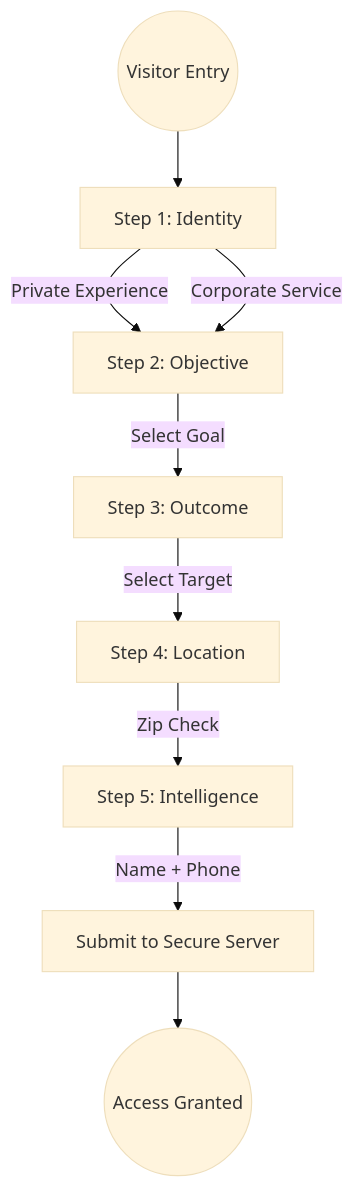
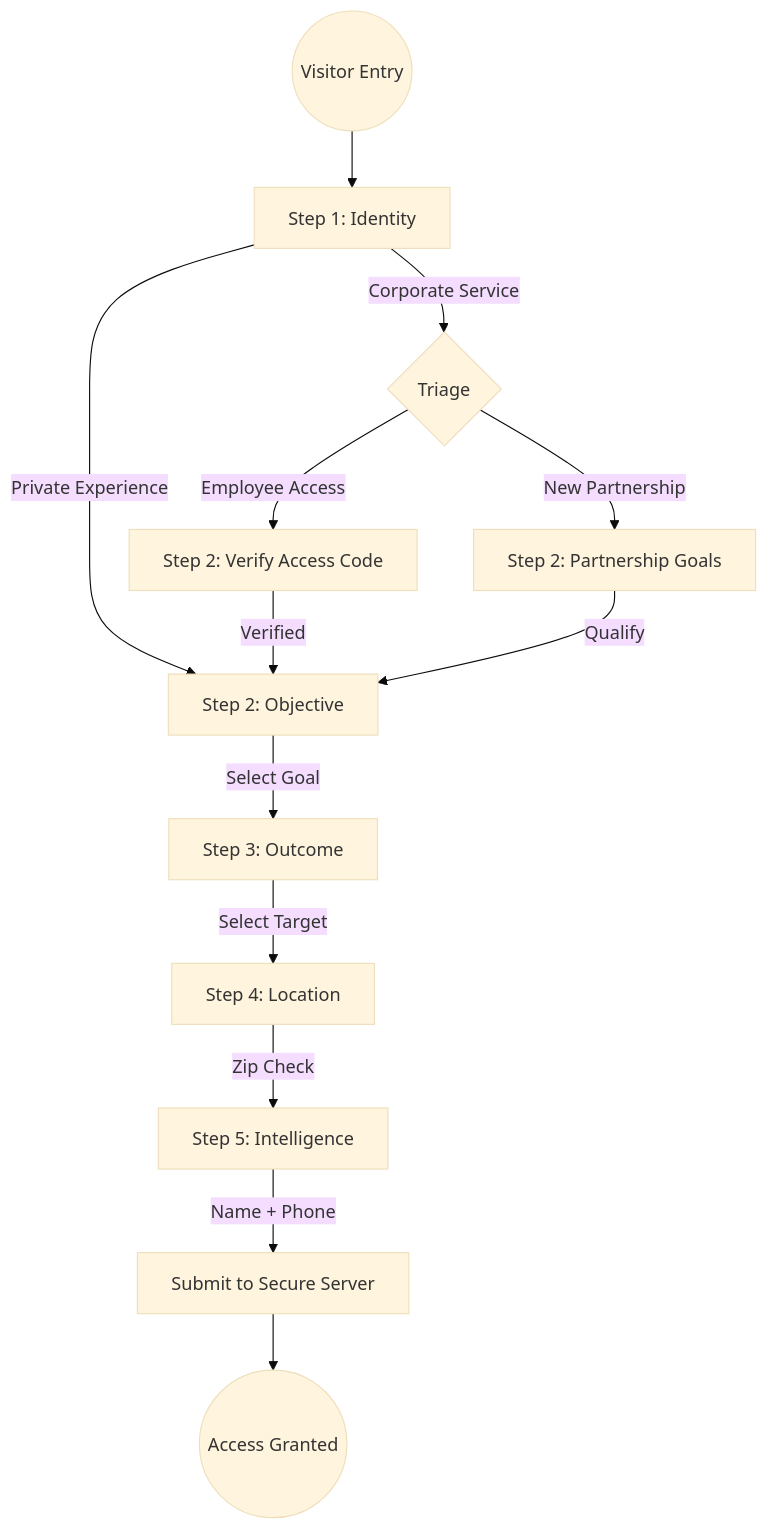
Before and after one commit to RCorbz/AxisPremierCare: the diagram in docs/04_user_flow_architecture.md, drawn with Mermaid (base theme). The commit also changed other lines of this file and 1 other file, not shown here.

Commit message:
UX: Dual Corporate Flows - New Partnership Qualification & Verified Employee Welcome

````diff
--- a/docs/04_user_flow_architecture.md
+++ b/docs/04_user_flow_architecture.md
@@ -6,15 +6,21 @@
 ```mermaid
 graph TD
     Start((Visitor Entry)) --> Step1UI[Step 1: Identity]
     
-    Step1UI -->|Private Experience| Step2[Step 2: Objective]
-    Step1UI -->|Corporate Service| Step2
+    Step1UI -->|Private Experience| Step2Priv[Step 2: Objective]
     
-    Step2 -->|Select Goal| Step3[Step 3: Outcome]
+    Step1UI -->|Corporate Service| CorpBranch{Triage}
+    CorpBranch -->|New Partnership| Step2CorpNew[Step 2: Partnership Goals]
+    CorpBranch -->|Employee Access| Step2CorpEmp[Step 2: Verify Access Code]
+    
+    Step2CorpEmp -->|Verified| Step2Priv
+    Step2CorpNew -->|Qualify| Step2Priv
+    
+    Step2Priv -->|Select Goal| Step3[Step 3: Outcome]
     Step3 -->|Select Target| Step4[Step 4: Location]
     
     Step4 -->|Zip Check| Step5[Step 5: Intelligence]
     
     Step5 -->|Name + Phone| Submit[Submit to Secure Server]
     Submit --> Success((Access Granted))
 ```
````
